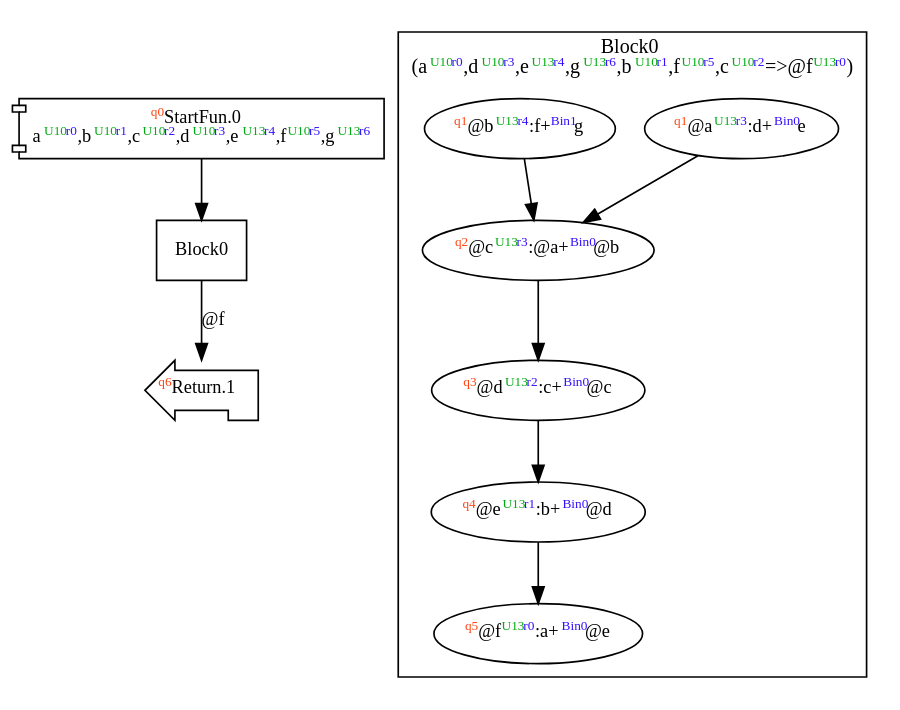
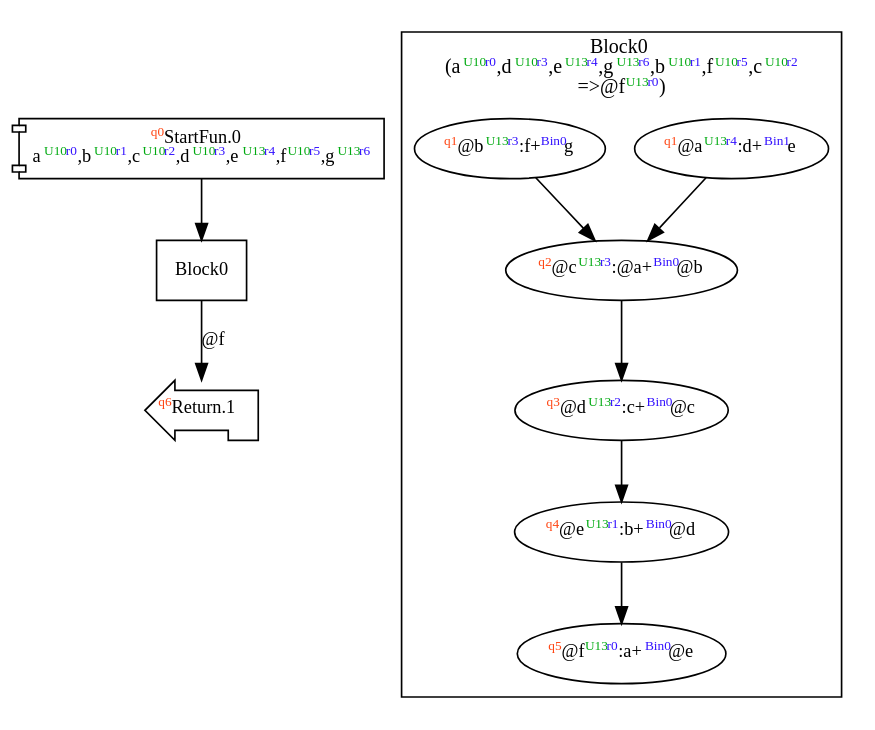
The diagram in dist/add7.dot (akouryy/SyntheScala), drawn with Graphviz before and after one commit. The commit also changed 21 other files, not shown here.

Commit message:
[parallel] Fixes: * calculate new array dependencies, * consider array accesses for intervals determination, * rename function params, * handle loops in Liveness, and * improve GraphDrawer

```diff
--- a/dist/add7.dot
+++ b/dist/add7.dot
@@ -1,25 +1,25 @@
 digraph Program_ {
   graph [fontname = "Monaco", fontsize = 12, ranksep = 0.5];
   node [shape = box, fontname = "Monaco", fontsize = 11; colorscheme = pastel19];
   edge [fontname = "Monaco", fontsize = 11; colorscheme = pastel19];
   Jump0[label = <<font color="#ff4411" point-size="8"><sup>q0</sup></font>StartFun.0<br/>a<font color="#00aa11" point-size="8"><sup>U10</sup></font><font color="#3311ff" point-size="8"><sup>r0</sup></font>,b<font color="#00aa11" point-size="8"><sup>U10</sup></font><font color="#3311ff" point-size="8"><sup>r1</sup></font>,c<font color="#00aa11" point-size="8"><sup>U10</sup></font><font color="#3311ff" point-size="8"><sup>r2</sup></font>,d<font color="#00aa11" point-size="8"><sup>U10</sup></font><font color="#3311ff" point-size="8"><sup>r3</sup></font>,e<font color="#00aa11" point-size="8"><sup>U13</sup></font><font color="#3311ff" point-size="8"><sup>r4</sup></font>,f<font color="#00aa11" point-size="8"><sup>U10</sup></font><font color="#3311ff" point-size="8"><sup>r5</sup></font>,g<font color="#00aa11" point-size="8"><sup>U13</sup></font><font color="#3311ff" point-size="8"><sup>r6</sup></font>>; shape = component];
   Jump0 -> Block0;
   Jump1[label = <<font color="#ff4411" point-size="8"><sup>q6</sup></font>Return.1>; shape = lpromoter];
   Block0 -> Jump1 [label=<@f>];
   Block0 [label = "Block0"];
   subgraph cluster_dfg_Block0 {
     node [shape = oval];
-    label = <Block0<br/>(a<font color="#00aa11" point-size="8"><sup>U10</sup></font><font color="#3311ff" point-size="8"><sup>r0</sup></font>,d<font color="#00aa11" point-size="8"><sup>U10</sup></font><font color="#3311ff" point-size="8"><sup>r3</sup></font>,e<font color="#00aa11" point-size="8"><sup>U13</sup></font><font color="#3311ff" point-size="8"><sup>r4</sup></font>,g<font color="#00aa11" point-size="8"><sup>U13</sup></font><font color="#3311ff" point-size="8"><sup>r6</sup></font>,b<font color="#00aa11" point-size="8"><sup>U10</sup></font><font color="#3311ff" point-size="8"><sup>r1</sup></font>,f<font color="#00aa11" point-size="8"><sup>U10</sup></font><font color="#3311ff" point-size="8"><sup>r5</sup></font>,c<font color="#00aa11" point-size="8"><sup>U10</sup></font><font color="#3311ff" point-size="8"><sup>r2</sup></font>=&gt;@f<font color="#00aa11" point-size="8"><sup>U13</sup></font><font color="#3311ff" point-size="8"><sup>r0</sup></font>)>;
-    0 [label=<<font color="#ff4411" point-size="8"><sup>q1</sup></font>@a<font color="#00aa11" point-size="8"><sup>U13</sup></font><font color="#3311ff" point-size="8"><sup>r3</sup></font>:d+<font color="#3311ff" point-size="8"><sup>Bin0</sup></font>e>];
+    label = <Block0<br/>(a<font color="#00aa11" point-size="8"><sup>U10</sup></font><font color="#3311ff" point-size="8"><sup>r0</sup></font>,d<font color="#00aa11" point-size="8"><sup>U10</sup></font><font color="#3311ff" point-size="8"><sup>r3</sup></font>,e<font color="#00aa11" point-size="8"><sup>U13</sup></font><font color="#3311ff" point-size="8"><sup>r4</sup></font>,g<font color="#00aa11" point-size="8"><sup>U13</sup></font><font color="#3311ff" point-size="8"><sup>r6</sup></font>,b<font color="#00aa11" point-size="8"><sup>U10</sup></font><font color="#3311ff" point-size="8"><sup>r1</sup></font>,f<font color="#00aa11" point-size="8"><sup>U10</sup></font><font color="#3311ff" point-size="8"><sup>r5</sup></font>,c<font color="#00aa11" point-size="8"><sup>U10</sup></font><font color="#3311ff" point-size="8"><sup>r2</sup></font><br/>=&gt;@f<font color="#00aa11" point-size="8"><sup>U13</sup></font><font color="#3311ff" point-size="8"><sup>r0</sup></font>)>;
+    0 [label=<<font color="#ff4411" point-size="8"><sup>q1</sup></font>@a<font color="#00aa11" point-size="8"><sup>U13</sup></font><font color="#3311ff" point-size="8"><sup>r4</sup></font>:d+<font color="#3311ff" point-size="8"><sup>Bin1</sup></font>e>];
     5 [label=<<font color="#ff4411" point-size="8"><sup>q5</sup></font>@f<font color="#00aa11" point-size="8"><sup>U13</sup></font><font color="#3311ff" point-size="8"><sup>r0</sup></font>:a+<font color="#3311ff" point-size="8"><sup>Bin0</sup></font>@e>];
-    1 [label=<<font color="#ff4411" point-size="8"><sup>q1</sup></font>@b<font color="#00aa11" point-size="8"><sup>U13</sup></font><font color="#3311ff" point-size="8"><sup>r4</sup></font>:f+<font color="#3311ff" point-size="8"><sup>Bin1</sup></font>g>];
+    1 [label=<<font color="#ff4411" point-size="8"><sup>q1</sup></font>@b<font color="#00aa11" point-size="8"><sup>U13</sup></font><font color="#3311ff" point-size="8"><sup>r3</sup></font>:f+<font color="#3311ff" point-size="8"><sup>Bin0</sup></font>g>];
     2 [label=<<font color="#ff4411" point-size="8"><sup>q2</sup></font>@c<font color="#00aa11" point-size="8"><sup>U13</sup></font><font color="#3311ff" point-size="8"><sup>r3</sup></font>:@a+<font color="#3311ff" point-size="8"><sup>Bin0</sup></font>@b>];
     3 [label=<<font color="#ff4411" point-size="8"><sup>q3</sup></font>@d<font color="#00aa11" point-size="8"><sup>U13</sup></font><font color="#3311ff" point-size="8"><sup>r2</sup></font>:c+<font color="#3311ff" point-size="8"><sup>Bin0</sup></font>@c>];
     4 [label=<<font color="#ff4411" point-size="8"><sup>q4</sup></font>@e<font color="#00aa11" point-size="8"><sup>U13</sup></font><font color="#3311ff" point-size="8"><sup>r1</sup></font>:b+<font color="#3311ff" point-size="8"><sup>Bin0</sup></font>@d>];
     0 -> 2;
     1 -> 2;
     2 -> 3;
     3 -> 4;
     4 -> 5;
   }
 }
```
